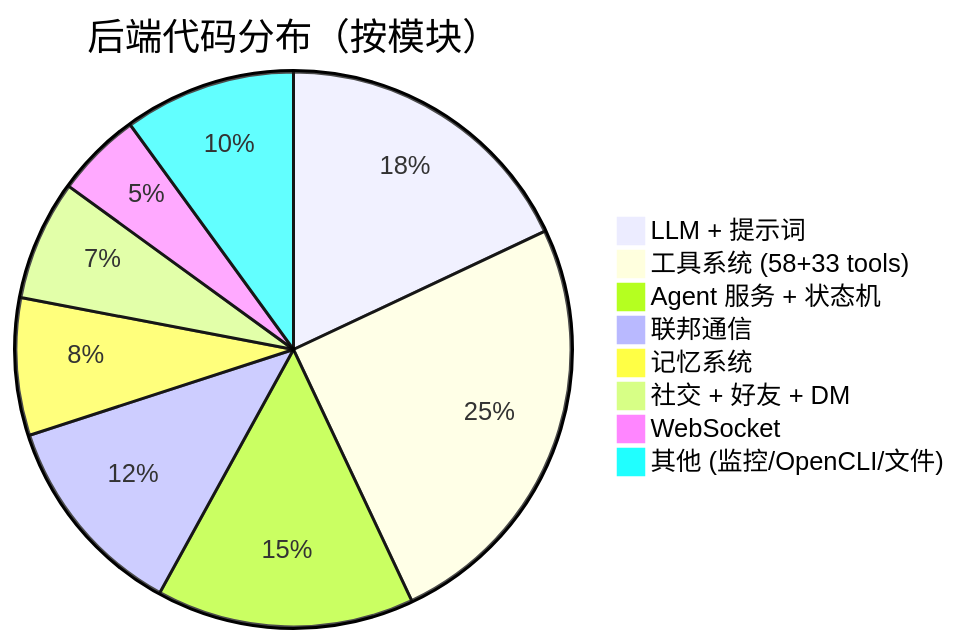
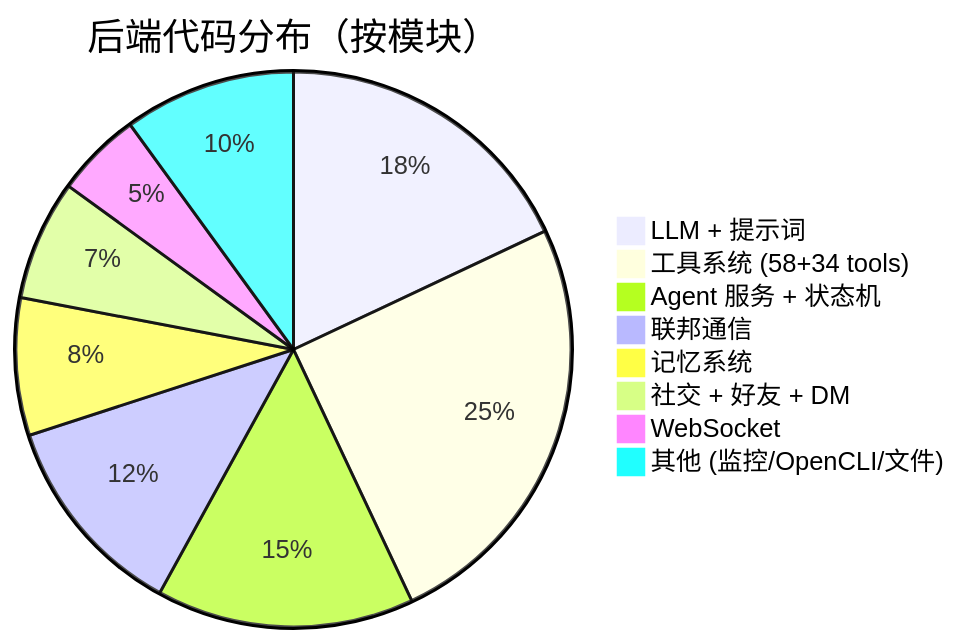
The tenth of 10 diagrams in docs/reference/项目全景报告.md (Coprexist/AIsChat), drawn with Mermaid before and after one commit. The commit also changed other lines of this file and 11 other files, not shown here.

````diff
--- a/docs/reference/项目全景报告.md
+++ b/docs/reference/项目全景报告.md
@@ -949,11 +949,11 @@
 ```mermaid
 pie title 后端代码分布（按模块）
     "LLM + 提示词" : 18
-    "工具系统 (58+33 tools)" : 25
+    "工具系统 (58+34 tools)" : 25
     "Agent 服务 + 状态机" : 15
     "联邦通信" : 12
     "记忆系统" : 8
     "社交 + 好友 + DM" : 7
     "WebSocket" : 5
     "其他 (监控/OpenCLI/文件)" : 10
 ```
````
